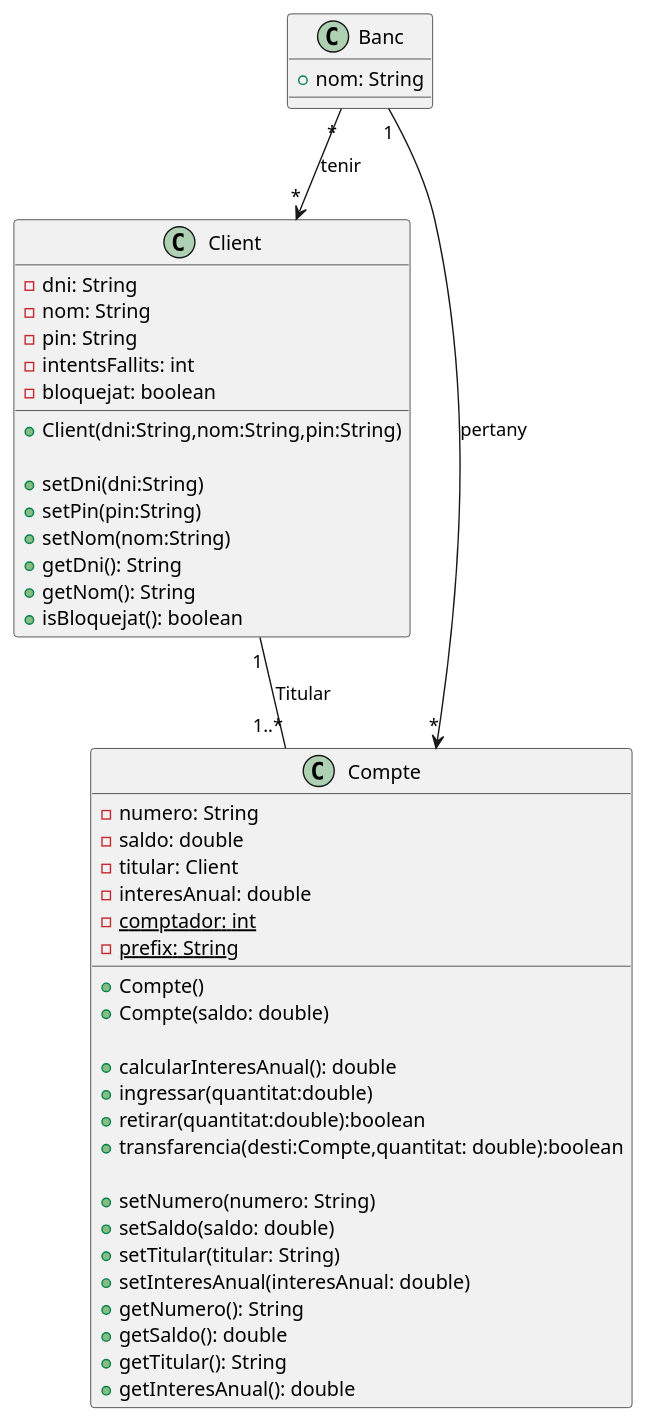
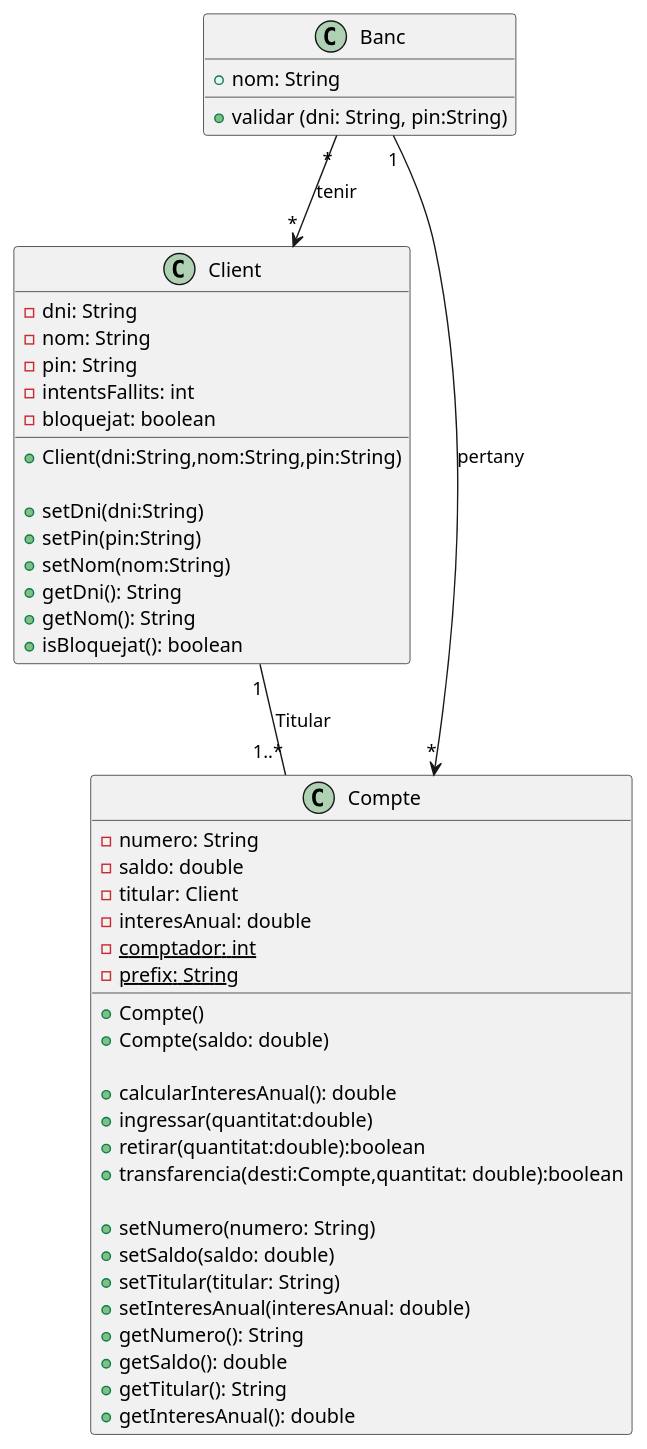
The diagram in UML/classes.puml (ins-vib/poo-atm-jopo738-web), drawn with PlantUML before and after one commit. The commit also changed 6 other files, not shown here.

```diff
--- a/UML/classes.puml
+++ b/UML/classes.puml
@@ -1,60 +1,61 @@
 @startuml
 class Client {
     - dni: String
     - nom: String
     - pin: String
     - intentsFallits: int
     - bloquejat: boolean
 
     + Client(dni:String,nom:String,pin:String)
 
     + setDni(dni:String)
     + setPin(pin:String)
     + setNom(nom:String)
     + getDni(): String
     + getNom(): String
     + isBloquejat(): boolean
 
     
 
 }
 
 class Compte {
     - numero: String
     - saldo: double
     - titular: Client
     - interesAnual: double
     {static} - comptador: int
     {static} - prefix: String
 
     + Compte()
     + Compte(saldo: double)
 
     + calcularInteresAnual(): double
     + ingressar(quantitat:double)
     + retirar(quantitat:double):boolean
     + transfarencia(desti:Compte,quantitat: double):boolean
 
     + setNumero(numero: String)
     + setSaldo(saldo: double)
     + setTitular(titular: String)
     + setInteresAnual(interesAnual: double)
     + getNumero(): String
     + getSaldo(): double
     + getTitular(): String
     + getInteresAnual(): double
 }
 
 Client "1" -- "1..*" Compte : Titular
 
 
 class Banc {
     + nom: String
+    + validar (dni: String, pin:String)
 
 }
 
 Banc "*" --> "*" Client : tenir
 Banc "1" -->"*" Compte: pertany
 
 
 @enduml
```
